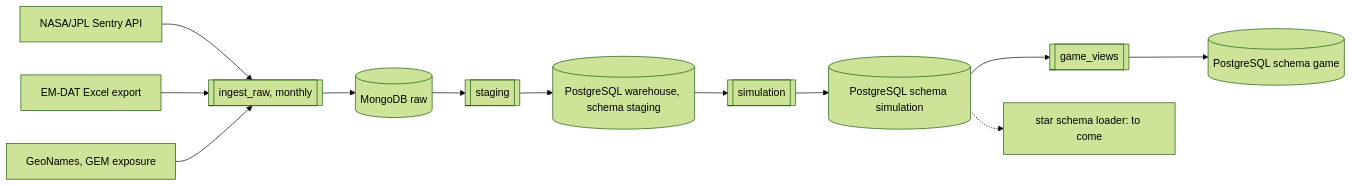
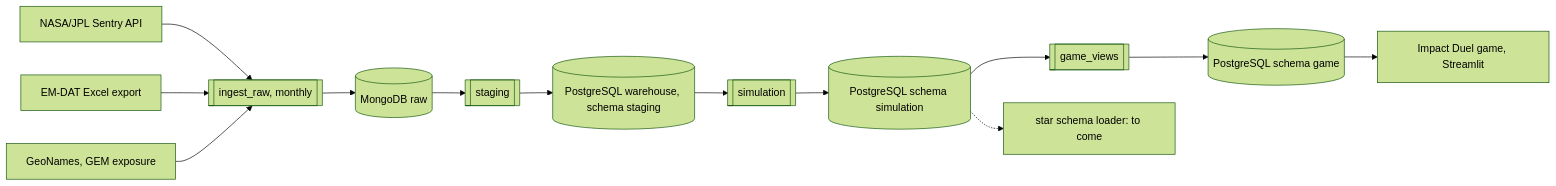
Before and after one commit to NgoHung0704/ot7-projet: the diagram in README.md, drawn with Mermaid (forest theme). The commit also changed other lines of this file and 11 other files, not shown here.

First line of the commit message:
feat(game): add Impact Duel Streamlit app

````diff
--- a/README.md
+++ b/README.md
@@ -104,14 +109,15 @@
 ```mermaid
 flowchart LR
   S[NASA/JPL Sentry API] --> I
   E[EM-DAT Excel export] --> I
   G[GeoNames, GEM exposure] --> I
   I[[ingest_raw, monthly]] --> M[(MongoDB raw)]
   M --> T[[staging]]
   T --> P[(PostgreSQL warehouse, schema staging)]
   P --> S2[[simulation]]
   S2 --> R[(PostgreSQL schema simulation)]
   R --> V[[game_views]]
   V --> GV[(PostgreSQL schema game)]
+  GV --> APP[Impact Duel game, Streamlit]
   R -.-> N[star schema loader: to come]
 ```
````
